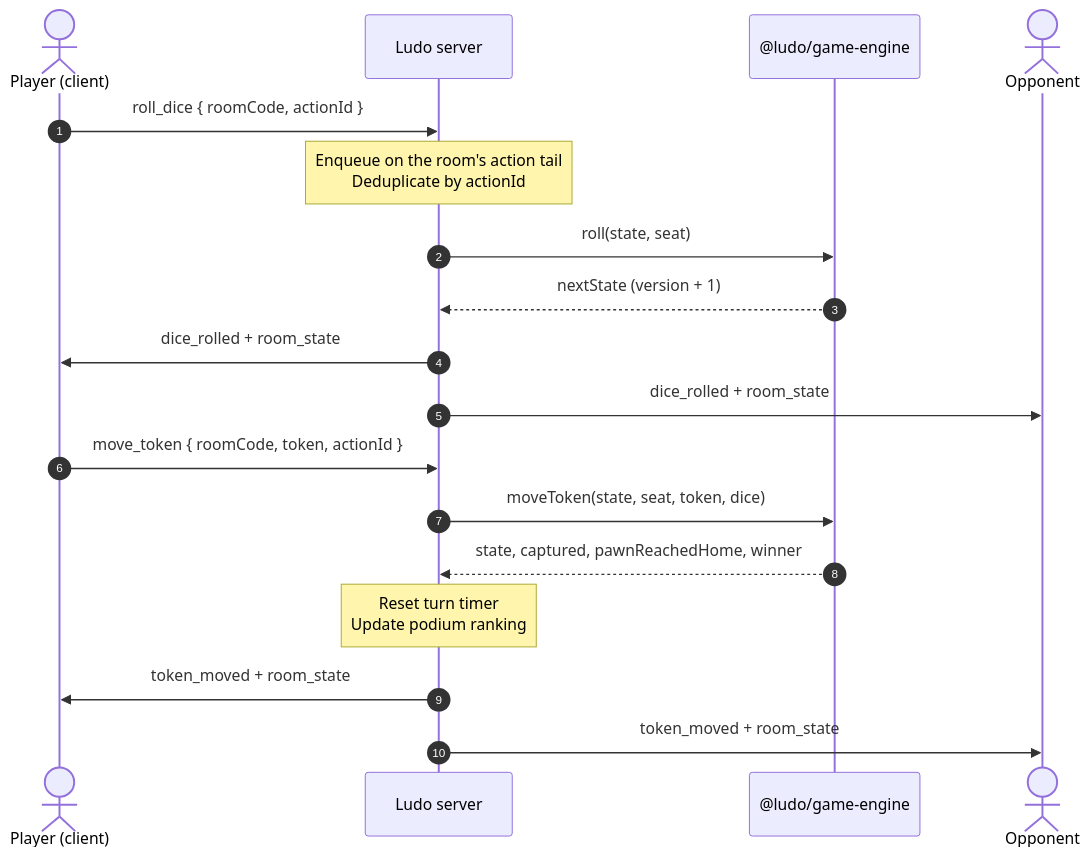
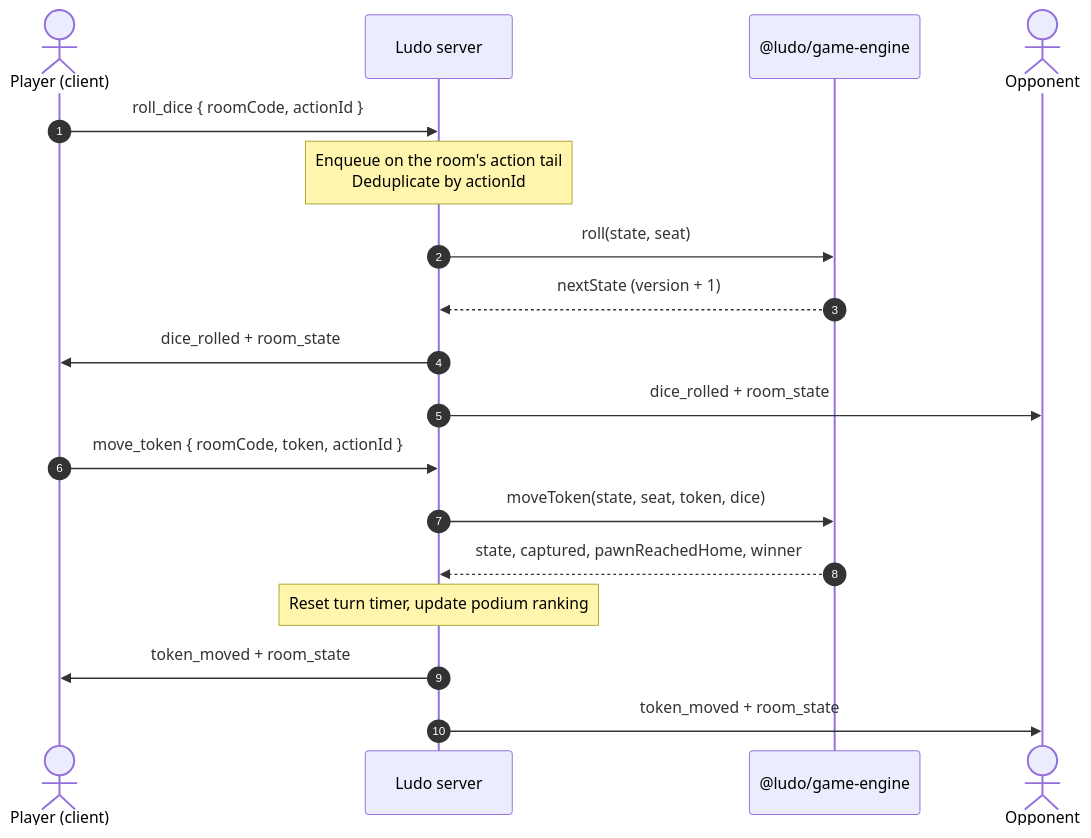
One commit to Jarjis-Alam/ludo-3d-multiplayer changed the diagram in README.md. Above: the diagram before and after it, drawn with Mermaid. The commit also changed other lines of this file and 142 other files, not shown here.

````diff
--- a/README.md
+++ b/README.md
@@ -222,22 +93,22 @@
 ```mermaid
 sequenceDiagram
     autonumber
     actor Alice as Player (client)
     participant Srv as Ludo server
     participant Eng as @ludo/game-engine
     actor Bob as Opponent
 
     Alice->>Srv: roll_dice { roomCode, actionId }
     Note over Srv: Enqueue on the room's action tail<br/>Deduplicate by actionId
     Srv->>Eng: roll(state, seat)
     Eng-->>Srv: nextState (version + 1)
     Srv->>Alice: dice_rolled + room_state
     Srv->>Bob: dice_rolled + room_state
 
     Alice->>Srv: move_token { roomCode, token, actionId }
     Srv->>Eng: moveToken(state, seat, token, dice)
     Eng-->>Srv: state, captured, pawnReachedHome, winner
-    Note over Srv: Reset turn timer<br/>Update podium ranking
+    note over Srv: Reset turn timer, update podium ranking
     Srv->>Alice: token_moved + room_state
     Srv->>Bob: token_moved + room_state
 ```
````
